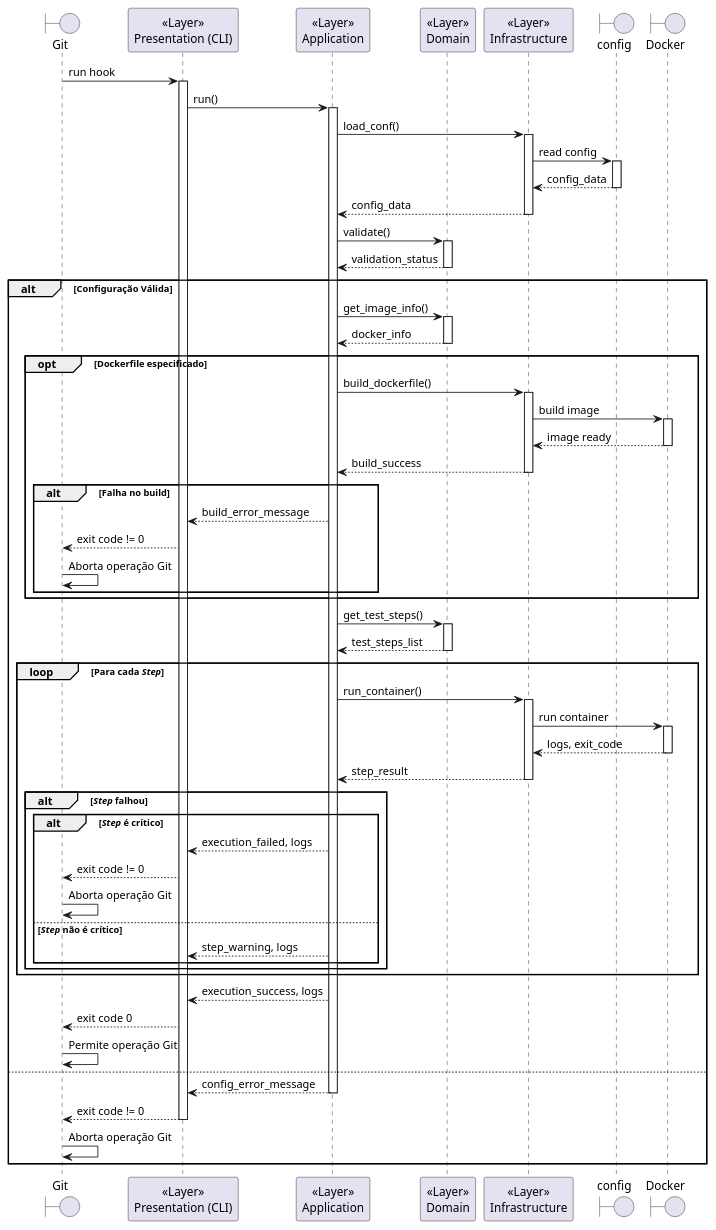
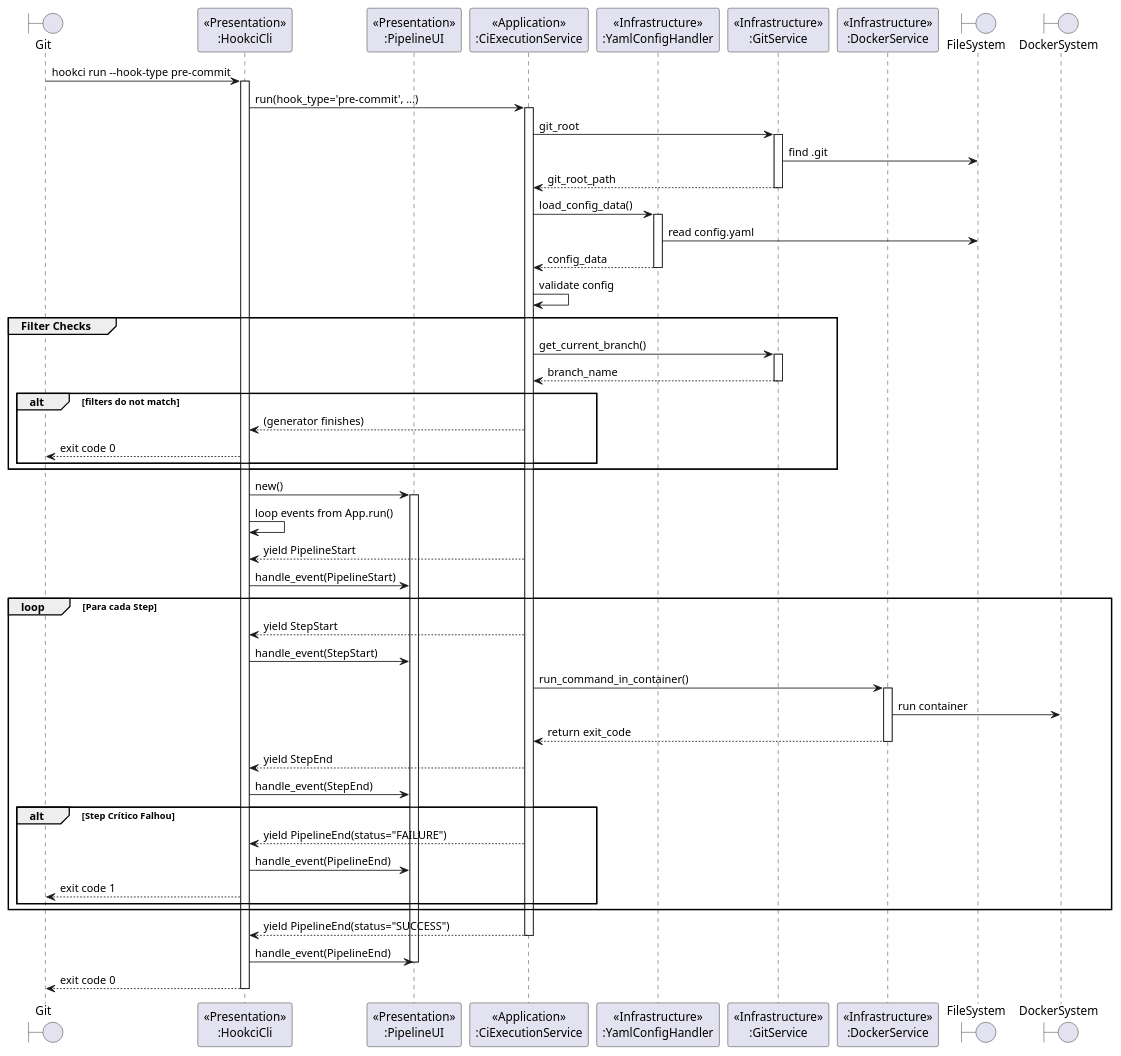
One commit to h3nc4/tmp changed the diagram in Codigo/docs/sequence/hook.wsd. Above: the diagram before and after it, drawn with PlantUML. The commit also changed 9 other files, not shown here.

```diff
--- a/Codigo/docs/sequence/hook.wsd
+++ b/Codigo/docs/sequence/hook.wsd
@@ -1,90 +1,75 @@
 @startuml hook
 skinparam defaultFontName SansSerif
 
 boundary "Git" as GitSystem
-participant "<<Layer>>\nPresentation (CLI)" as CLI
-participant "<<Layer>>\nApplication" as App
-participant "<<Layer>>\nDomain" as Domain
-participant "<<Layer>>\nInfrastructure" as Infra
-boundary "config" as ConfigFile
-boundary "Docker" as DockerSystem
+participant "<<Presentation>>\n:HookciCli" as CLI
+participant "<<Presentation>>\n:PipelineUI" as UI
+participant "<<Application>>\n:CiExecutionService" as App
+participant "<<Infrastructure>>\n:YamlConfigHandler" as CfgHandler
+participant "<<Infrastructure>>\n:GitService" as GitSvc
+participant "<<Infrastructure>>\n:DockerService" as DockerSvc
+boundary "FileSystem" as FS
+boundary "DockerSystem" as Docker
 
-GitSystem -> CLI : run hook
+GitSystem -> CLI : hookci run --hook-type pre-commit
 activate CLI
-CLI -> App : run()
+CLI -> App : run(hook_type='pre-commit', ...)
 activate App
-App -> Infra : load_conf()
-activate Infra
-Infra -> ConfigFile : read config
-activate ConfigFile
-ConfigFile --> Infra : config_data
-deactivate ConfigFile
-Infra --> App : config_data
-deactivate Infra
 
-App -> Domain : validate()
-activate Domain
-Domain --> App : validation_status
-deactivate Domain
+App -> GitSvc : git_root
+activate GitSvc
+GitSvc -> FS : find .git
+GitSvc --> App : git_root_path
+deactivate GitSvc
 
-alt Configuração Válida
-    App -> Domain : get_image_info()
-    activate Domain
-    Domain --> App : docker_info
-    deactivate Domain
+App -> CfgHandler : load_config_data()
+activate CfgHandler
+CfgHandler -> FS : read config.yaml
+CfgHandler --> App : config_data
+deactivate CfgHandler
+App -> App : validate config
 
-    opt Dockerfile especificado
-        App -> Infra : build_dockerfile()
-        activate Infra
-        Infra -> DockerSystem : build image
-        activate DockerSystem
-        DockerSystem --> Infra : image ready
-        deactivate DockerSystem
-        Infra --> App : build_success
-        deactivate Infra
-
-        alt Falha no build
-            App --> CLI : build_error_message
-            CLI --> GitSystem : exit code != 0
-            GitSystem -> GitSystem : Aborta operação Git
-        end
+group Filter Checks
+    App -> GitSvc : get_current_branch()
+    activate GitSvc
+    GitSvc --> App : branch_name
+    deactivate GitSvc
+    alt filters do not match
+        App --> CLI : (generator finishes)
+        CLI --> GitSystem : exit code 0
     end
-
-    App -> Domain : get_test_steps()
-    activate Domain
-    Domain --> App : test_steps_list
-    deactivate Domain
-
-    loop Para cada //Step//
-        App -> Infra : run_container()
-        activate Infra
-        Infra -> DockerSystem : run container
-        activate DockerSystem
-        DockerSystem --> Infra : logs, exit_code
-        deactivate DockerSystem
-        Infra --> App : step_result
-        deactivate Infra
-
-        alt //Step// falhou
-            alt //Step// é crítico
-                App --> CLI : execution_failed, logs
-                CLI --> GitSystem : exit code != 0
-                GitSystem -> GitSystem : Aborta operação Git
-            else //Step// não é crítico
-                App --> CLI : step_warning, logs
-            end
-        end
-    end
-
-    App --> CLI : execution_success, logs
-    CLI --> GitSystem : exit code 0
-    GitSystem -> GitSystem : Permite operação Git
-else
-    App --> CLI : config_error_message
-    deactivate App
-    CLI --> GitSystem : exit code != 0
-    deactivate CLI
-    GitSystem -> GitSystem : Aborta operação Git
 end
 
+CLI -> UI : new()
+activate UI
+CLI -> CLI : loop events from App.run()
+
+App --> CLI : yield PipelineStart
+CLI -> UI : handle_event(PipelineStart)
+
+loop Para cada Step
+    App --> CLI : yield StepStart
+    CLI -> UI : handle_event(StepStart)
+    App -> DockerSvc : run_command_in_container()
+    activate DockerSvc
+    DockerSvc -> Docker : run container
+    DockerSvc --> App : return exit_code
+    deactivate DockerSvc
+    App --> CLI : yield StepEnd
+    CLI -> UI : handle_event(StepEnd)
+
+    alt Step Crítico Falhou
+        App --> CLI : yield PipelineEnd(status="FAILURE")
+        CLI -> UI : handle_event(PipelineEnd)
+        CLI --> GitSystem : exit code 1
+    end
+end
+
+App --> CLI : yield PipelineEnd(status="SUCCESS")
+deactivate App
+CLI -> UI : handle_event(PipelineEnd)
+deactivate UI
+CLI --> GitSystem : exit code 0
+deactivate CLI
+
 @enduml
```
